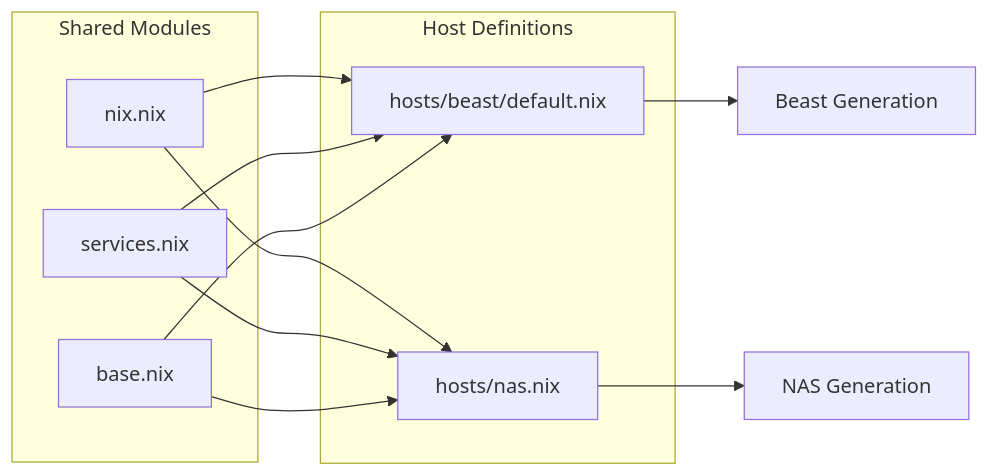
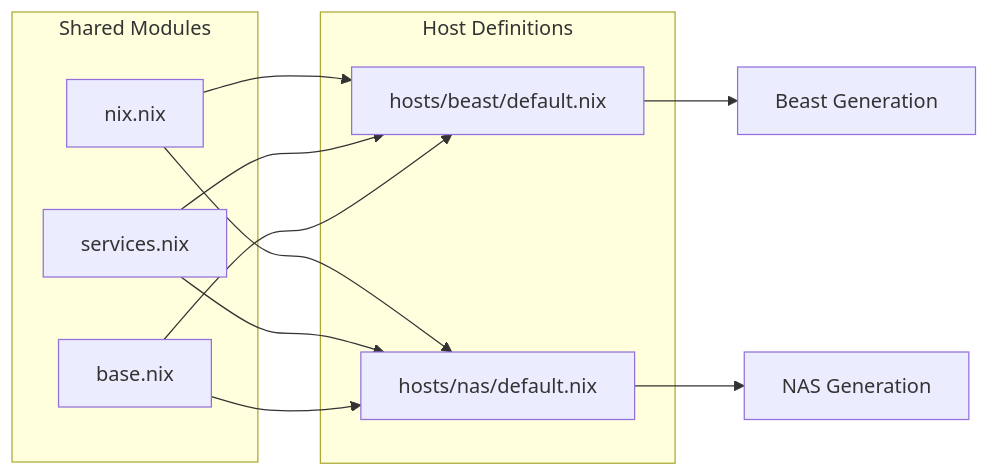
The diagram in docs/System-Modules.md (Cody-W-Tucker/nix-config), drawn with Mermaid before and after one commit. The commit also changed 36 other files, not shown here.

````diff
--- a/docs/System-Modules.md
+++ b/docs/System-Modules.md
@@ -55,22 +55,22 @@
 ```mermaid
 flowchart LR
     OUT_B["Beast Generation"]
     OUT_N["NAS Generation"]
     subgraph subGraph1 ["Host Definitions"]
         H_BEAST["hosts/beast/default.nix"]
-        H_NAS["hosts/nas.nix"]
+        H_NAS["hosts/nas/default.nix"]
     end
     subgraph subGraph0 ["Shared Modules"]
         M_NIX["nix.nix"]
         M_SVC["services.nix"]
         M_BASE["base.nix"]
     end
     M_NIX --> H_BEAST
     M_SVC --> H_BEAST
     M_BASE --> H_BEAST
     M_NIX --> H_NAS
     M_SVC --> H_NAS
     M_BASE --> H_NAS
     H_BEAST --> OUT_B
     H_NAS --> OUT_N
 ```
````
